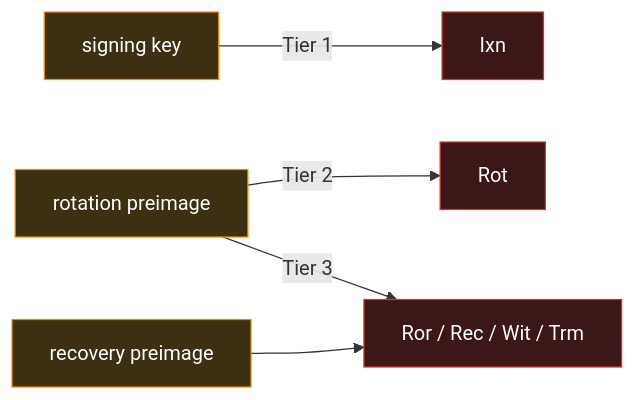
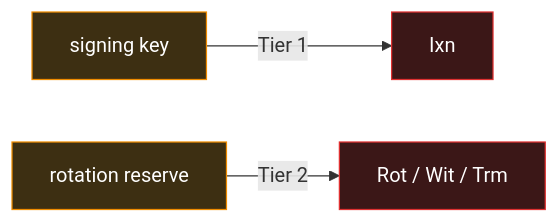
One commit to jasoncolburne/vdti changed the third of 7 diagrams in docs/design/primitives/data/event-logs/event-shape.md. Above: the diagram before and after it, drawn with Mermaid. The commit also changed other lines of this file and 1 other file, not shown here.

````diff
--- a/docs/design/primitives/data/event-logs/event-shape.md
+++ b/docs/design/primitives/data/event-logs/event-shape.md
@@ -276,9 +287,7 @@
 ```mermaid
 flowchart LR
   sk["signing key"]:::mat -->|Tier 1| k1["Ixn"]:::kel
-  rp["rotation preimage"]:::mat -->|Tier 2| k2["Rot"]:::kel
-  rp -->|Tier 3| k3["Ror / Rec / Wit / Trm"]:::kel
-  vp["recovery preimage"]:::mat --> k3
+  rp["rotation reserve"]:::mat -->|Tier 2| k2["Rot / Wit / Trm"]:::kel
   classDef mat fill:#3d2f12,stroke:#f08c00,color:#fff
   classDef kel fill:#3b1717,stroke:#e03131,color:#fff
 ```
````
